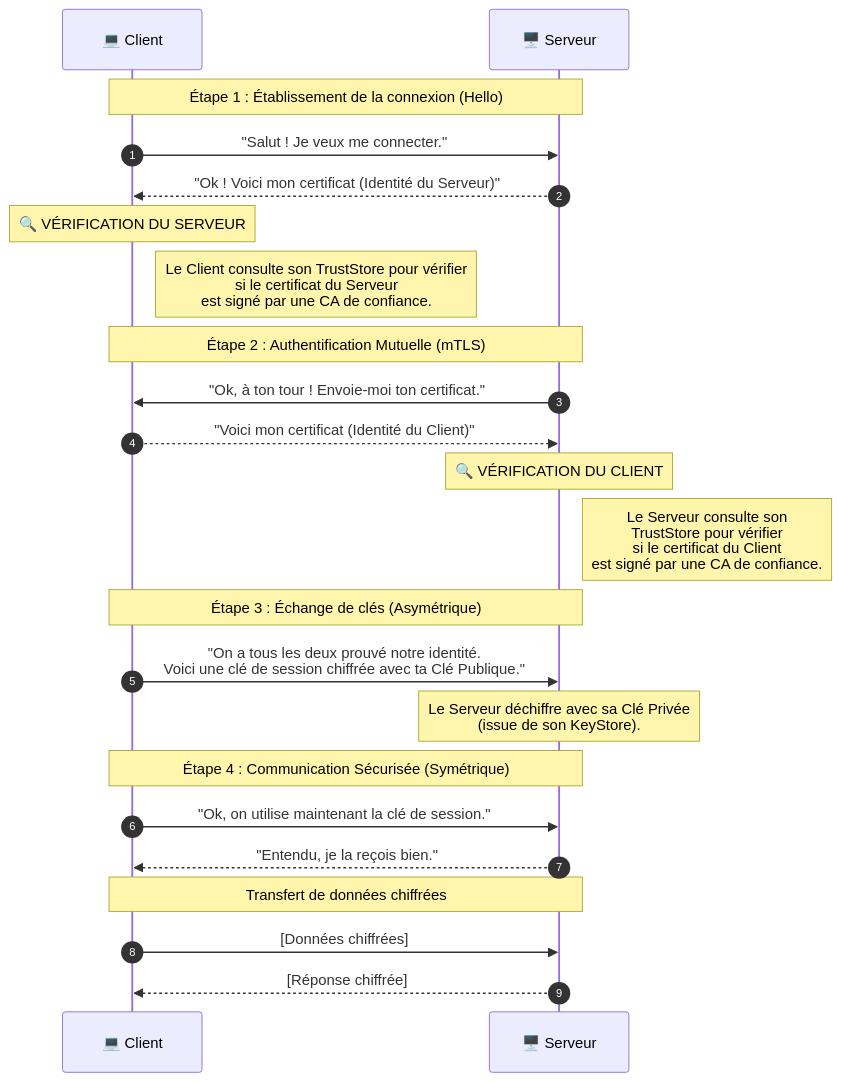
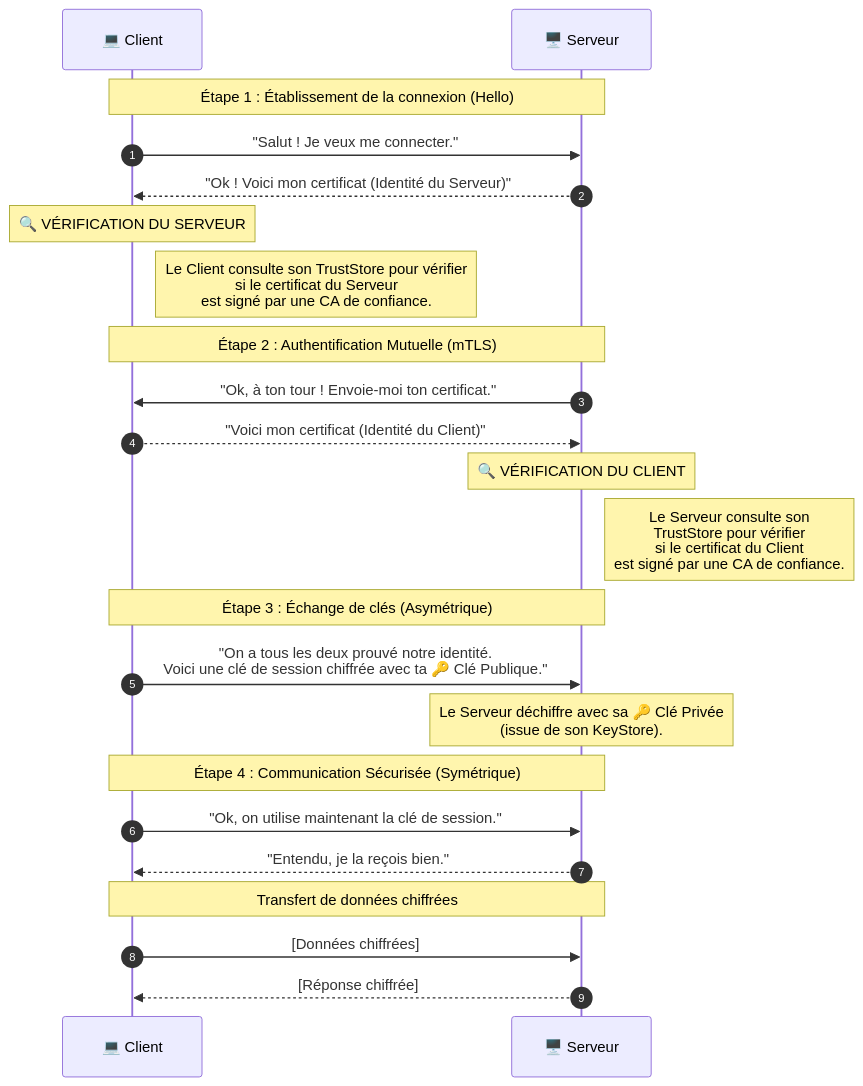
Before and after one commit to asenka-proton/obsidian-learning-tls: the diagram in Key Store.md, drawn with Mermaid. The commit also changed 4 other files, not shown here.

````diff
--- a/Key Store.md
+++ b/Key Store.md
@@ -37,32 +37,32 @@
 ```mermaid
 sequenceDiagram
     autonumber
     participant C as 💻 Client
     participant S as 🖥️ Serveur
 
     Note over C, S: Étape 1 : Établissement de la connexion (Hello)
     C->>S: "Salut ! Je veux me connecter."
     S-->>C: "Ok ! Voici mon certificat (Identité du Serveur)"
     
     Note over C: 🔍 VÉRIFICATION DU SERVEUR
     Note right of C: Le Client consulte son TrustStore pour vérifier<br/>si le certificat du Serveur<br/>est signé par une CA de confiance.
 
     Note over C, S: Étape 2 : Authentification Mutuelle (mTLS)
     S->>C: "Ok, à ton tour ! Envoie-moi ton certificat."
     C-->>S: "Voici mon certificat (Identité du Client)"
     
     Note over S: 🔍 VÉRIFICATION DU CLIENT
     Note right of S: Le Serveur consulte son <br/>TrustStore pour vérifier<br/>si le certificat du Client<br/>est signé par une CA de confiance.
 
     Note over C, S: Étape 3 : Échange de clés (Asymétrique)
-    C->>S: "On a tous les deux prouvé notre identité. <br/>Voici une clé de session chiffrée avec ta Clé Publique."
-    Note over S: Le Serveur déchiffre avec sa Clé Privée<br/>(issue de son KeyStore).
+    C->>S: "On a tous les deux prouvé notre identité. <br/>Voici une clé de session chiffrée avec ta 🔑 Clé Publique."
+    Note over S: Le Serveur déchiffre avec sa 🔑 Clé Privée<br/>(issue de son KeyStore).
     
     Note over C, S: Étape 4 : Communication Sécurisée (Symétrique)
     C->>S: "Ok, on utilise maintenant la clé de session."
     S-->>C: "Entendu, je la reçois bien."
     
     Note over C, S: Transfert de données chiffrées
     C->>S: [Données chiffrées]
     S-->>C: [Réponse chiffrée]
 ```
````
